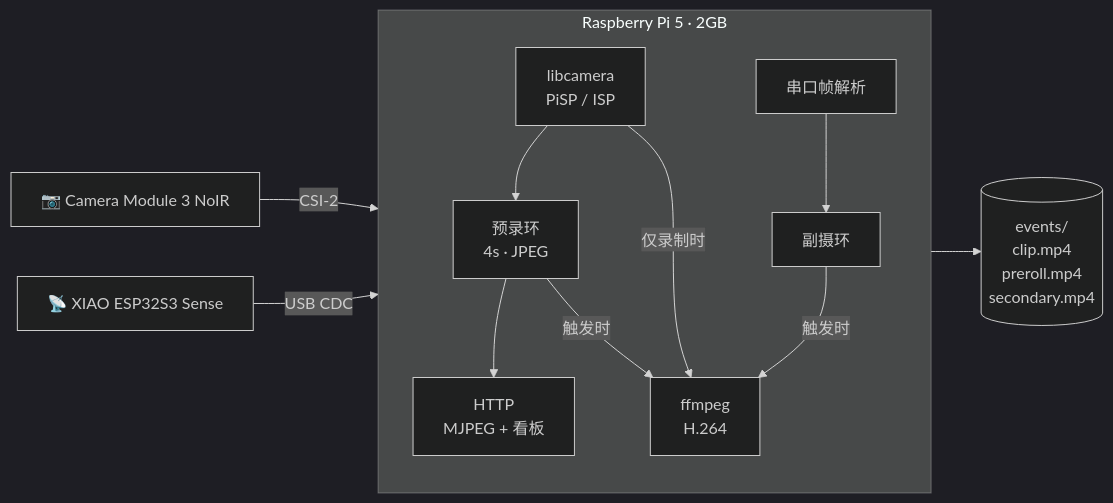
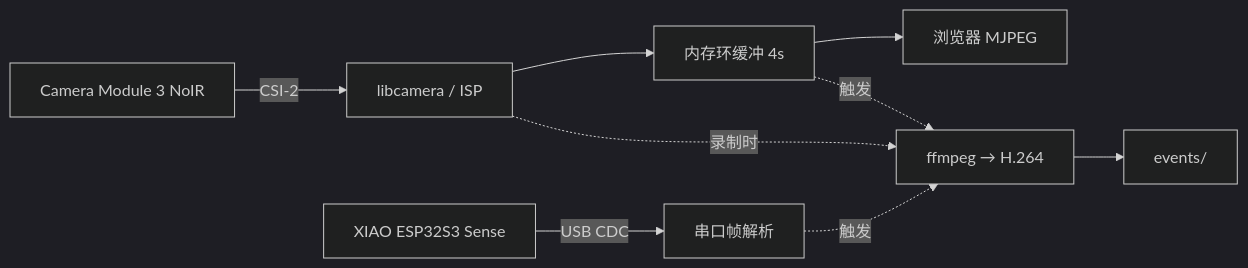
One commit to LHRRRRRRRRRRR/Raspberry_Camera_Lookout changed the diagram in README.md. Above: the diagram before and after it, drawn with Mermaid (dark theme). The commit also changed other lines of this file and 1 other file, not shown here.

````diff
--- a/README.md
+++ b/README.md
@@ -50,24 +25,11 @@
 ```mermaid
 flowchart LR
-    subgraph PI["Raspberry Pi 5 · 2GB"]
-        direction TB
-        ISP["libcamera<br/>PiSP / ISP"]
-        RING["预录环<br/>4s · JPEG"]
-        REC["ffmpeg<br/>H.264"]
-        WEB["HTTP<br/>MJPEG + 看板"]
-        PIPE["串口帧解析"]
-        RING2["副摄环"]
-    end
-
-    CAM["📷 Camera Module 3 NoIR"] -- CSI-2 --> ISP
-    ESP["📡 XIAO ESP32S3 Sense"]  -- USB CDC --> PIPE
-
-    ISP --> RING
-    ISP -- 仅录制时 --> REC
-    RING --> WEB
-    PIPE --> RING2
-    RING -- 触发时 --> REC
-    RING2 -- 触发时 --> REC
-
-    REC --> DISK[("events/<br/>clip.mp4<br/>preroll.mp4<br/>secondary.mp4")]
+    CAM["Camera Module 3 NoIR"] -->|CSI-2| ISP["libcamera / ISP"]
+    ESP["XIAO ESP32S3 Sense"] -->|USB CDC| SER["串口帧解析"]
+    ISP --> RING["内存环缓冲 4s"]
+    ISP -.录制时.-> REC["ffmpeg → H.264"]
+    RING --> WEB["浏览器 MJPEG"]
+    RING -.触发.-> REC
+    SER -.触发.-> REC
+    REC --> OUT["events/"]
 ```
````
